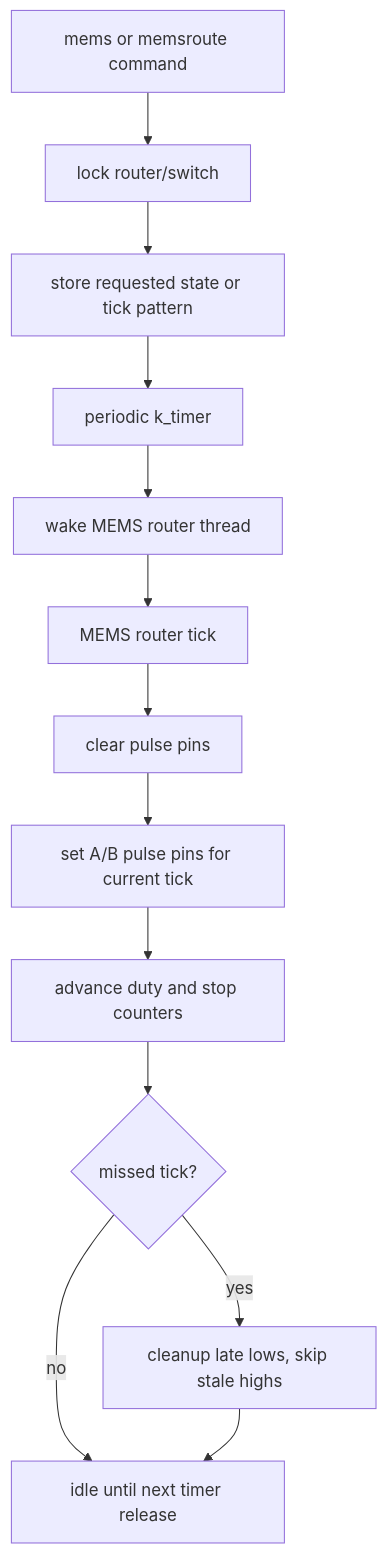
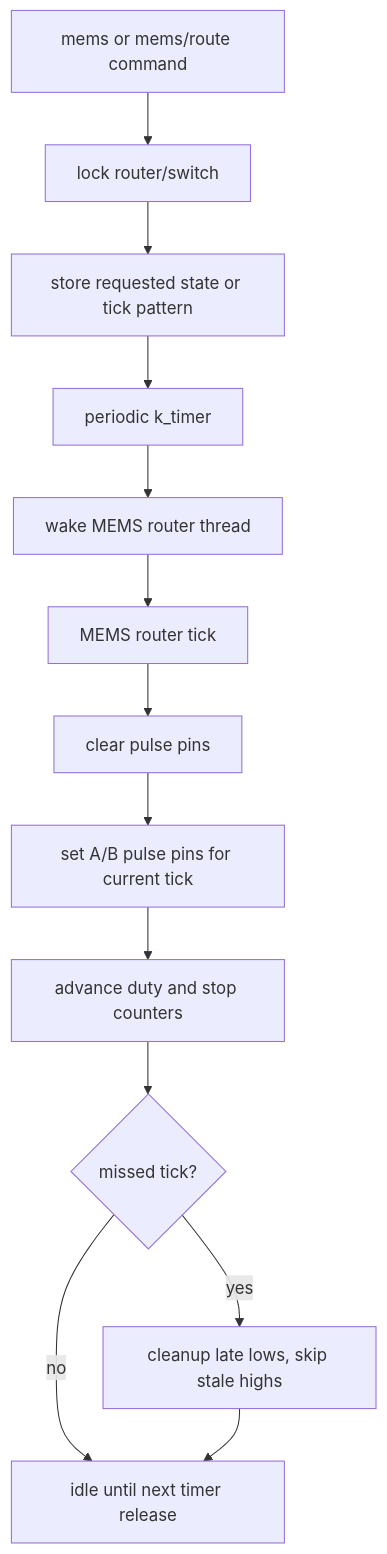
Diagram 13 of 24 in doc/diagrams.md (COO-Utilities/hispec-tib), drawn with Mermaid before and after one commit. The commit also changed other lines of this file and 24 other files, not shown here.

````diff
--- a/doc/diagrams.md
+++ b/doc/diagrams.md
@@ -299,15 +301,15 @@
 ```mermaid
 flowchart TD
-  Command[mems or memsroute command] --> Lock[lock router/switch]
+  Command[mems or mems/route command] --> Lock[lock router/switch]
   Lock --> Target[store requested state or tick pattern]
   Target --> Timer[periodic k_timer]
   Timer --> Wake[wake MEMS router thread]
   Wake --> Tick[MEMS router tick]
   Tick --> Clear[clear pulse pins]
   Clear --> Apply[set A/B pulse pins for current tick]
   Apply --> Advance[advance duty and stop counters]
   Advance --> Missed{missed tick?}
   Missed -- no --> Idle[idle until next timer release]
   Missed -- yes --> Classify[cleanup late lows, skip stale highs]
   Classify --> Idle
 ```
````
